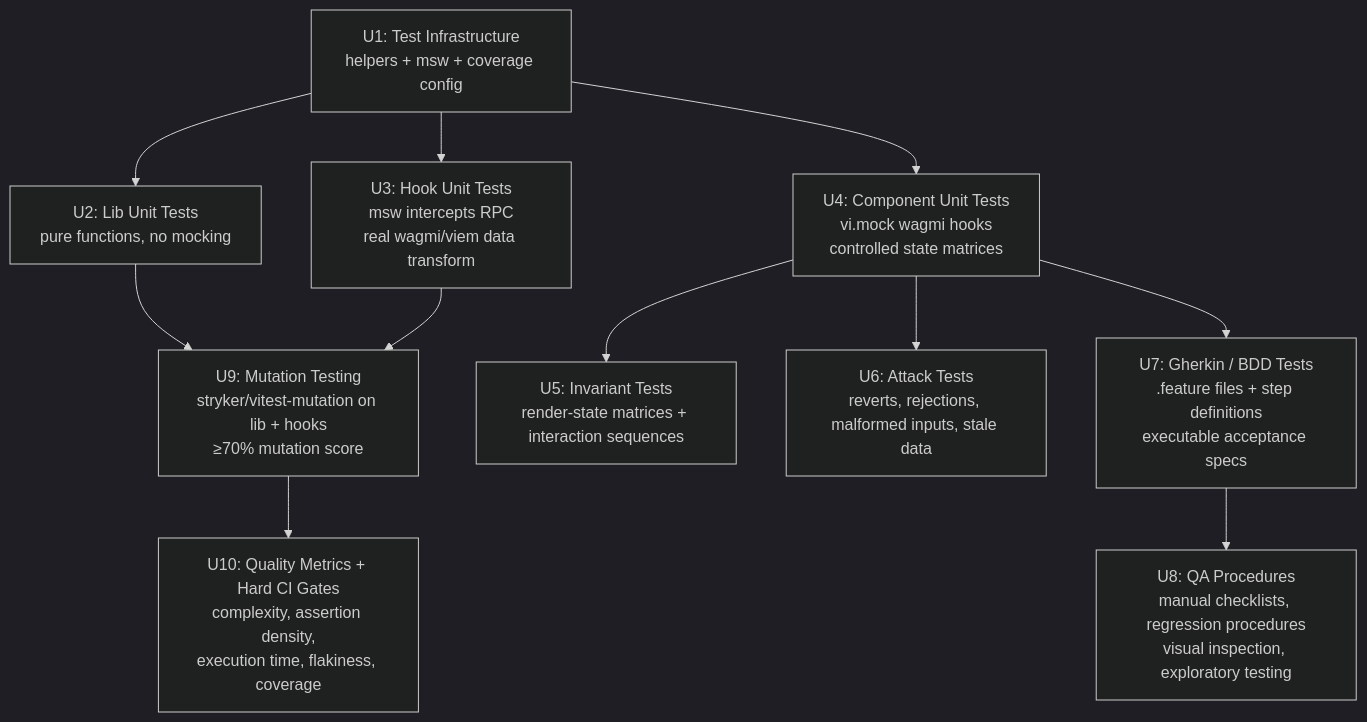
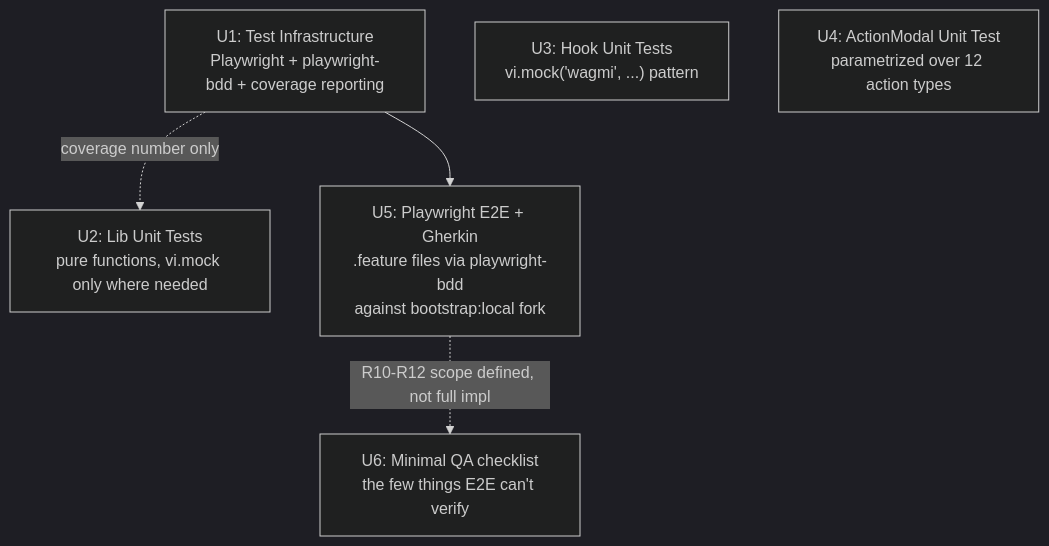
One commit to ayeslick/OVRFLO changed the diagram in docs/plans/2026-07-23-002-test-web-frontend-test-suite-plan.md. Above: the diagram before and after it, drawn with Mermaid (dark theme). The commit also changed other lines of this file, not shown here.

First line of the commit message:
docs: doc-review and codebase-sync pass on frontend test suite plan

````diff
--- a/docs/plans/2026-07-23-002-test-web-frontend-test-suite-plan.md
+++ b/docs/plans/2026-07-23-002-test-web-frontend-test-suite-plan.md
@@ -169,17 +433,11 @@
 ```mermaid
 flowchart TB
-    INFRA["U1: Test Infrastructure<br/>helpers + msw + coverage config"]
+    INFRA["U1: Test Infrastructure<br/>Playwright + playwright-bdd + coverage reporting"]
 
-    INFRA --> U2["U2: Lib Unit Tests<br/>pure functions, no mocking"]
-    INFRA --> U3["U3: Hook Unit Tests<br/>msw intercepts RPC<br/>real wagmi/viem data transform"]
-    INFRA --> U4["U4: Component Unit Tests<br/>vi.mock wagmi hooks<br/>controlled state matrices"]
+    INFRA -. coverage number only .-> U2["U2: Lib Unit Tests<br/>pure functions, vi.mock only where needed"]
+    U3["U3: Hook Unit Tests<br/>vi.mock('wagmi', ...) pattern"]
+    U4["U4: ActionModal Unit Test<br/>parametrized over 12 action types"]
 
-    U4 --> U5["U5: Invariant Tests<br/>render-state matrices + interaction sequences"]
-    U4 --> U6["U6: Attack Tests<br/>reverts, rejections, malformed inputs, stale data"]
-
-    U4 --> U7["U7: Gherkin / BDD Tests<br/>.feature files + step definitions<br/>executable acceptance specs"]
-    U7 --> U8["U8: QA Procedures<br/>manual checklists, regression procedures<br/>visual inspection, exploratory testing"]
-    U2 --> U9["U9: Mutation Testing<br/>stryker/vitest-mutation on lib + hooks<br/>≥70% mutation score"]
-    U3 --> U9
-    U9 --> U10["U10: Quality Metrics + Hard CI Gates<br/>complexity, assertion density,<br/>execution time, flakiness, coverage"]
+    INFRA --> U5["U5: Playwright E2E + Gherkin<br/>.feature files via playwright-bdd<br/>against bootstrap:local fork"]
+    U5 -. R10-R12 scope defined, not full impl .-> U6["U6: Minimal QA checklist<br/>the few things E2E can't verify"]
 ```
````
